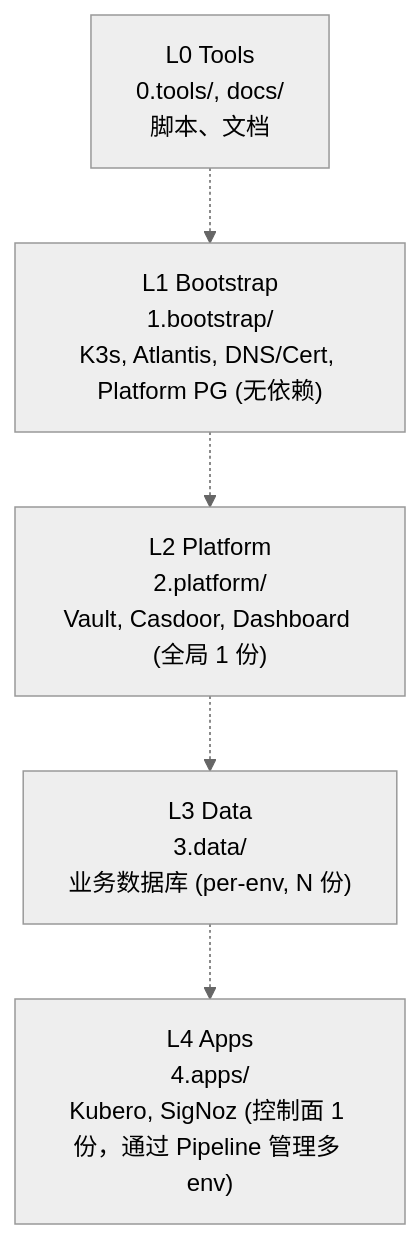
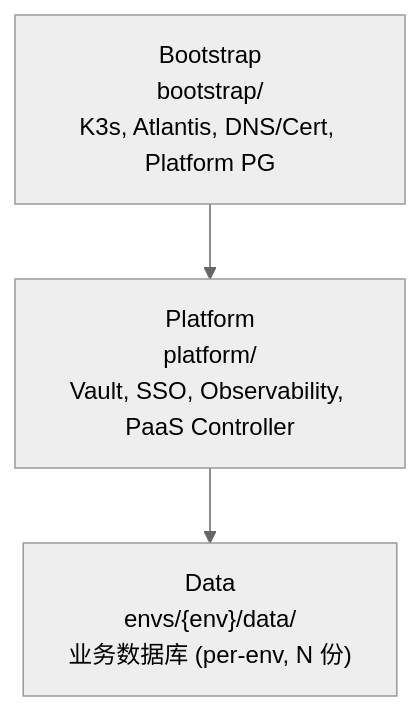
One commit to wangzitian0/infra changed the first of 2 diagrams in docs/ssot/core.dir.md. Above: the diagram before and after it, drawn with Mermaid (neutral theme). The commit also changed other lines of this file and 43 other files, not shown here.

Commit message:
chore: complete architectural renaming (remove L1/L2/L3 references) (#362)

````diff
--- a/docs/ssot/core.dir.md
+++ b/docs/ssot/core.dir.md
@@ -9,10 +11,8 @@
 ```mermaid
 flowchart TB
-    L0["L0 Tools<br/>0.tools/, docs/<br/>脚本、文档"]
-    L1["L1 Bootstrap<br/>1.bootstrap/<br/>K3s, Atlantis, DNS/Cert, Platform PG (无依赖)"]
-    L2["L2 Platform<br/>2.platform/<br/>Vault, Casdoor, Dashboard (全局 1 份)"]
-    L3["L3 Data<br/>3.data/<br/>业务数据库 (per-env, N 份)"]
-    L4["L4 Apps<br/>4.apps/<br/>Kubero, SigNoz (控制面 1 份，通过 Pipeline 管理多 env)"]
+    Bootstrap["Bootstrap<br/>bootstrap/<br/>K3s, Atlantis, DNS/Cert, Platform PG"]
+    Platform["Platform<br/>platform/<br/>Vault, SSO, Observability, PaaS Controller"]
+    Data["Data<br/>envs/{env}/data/<br/>业务数据库 (per-env, N 份)"]
 
-    L0 -.-> L1 -.-> L2 -.-> L3 -.-> L4
+    Bootstrap --> Platform --> Data
 ```
````
